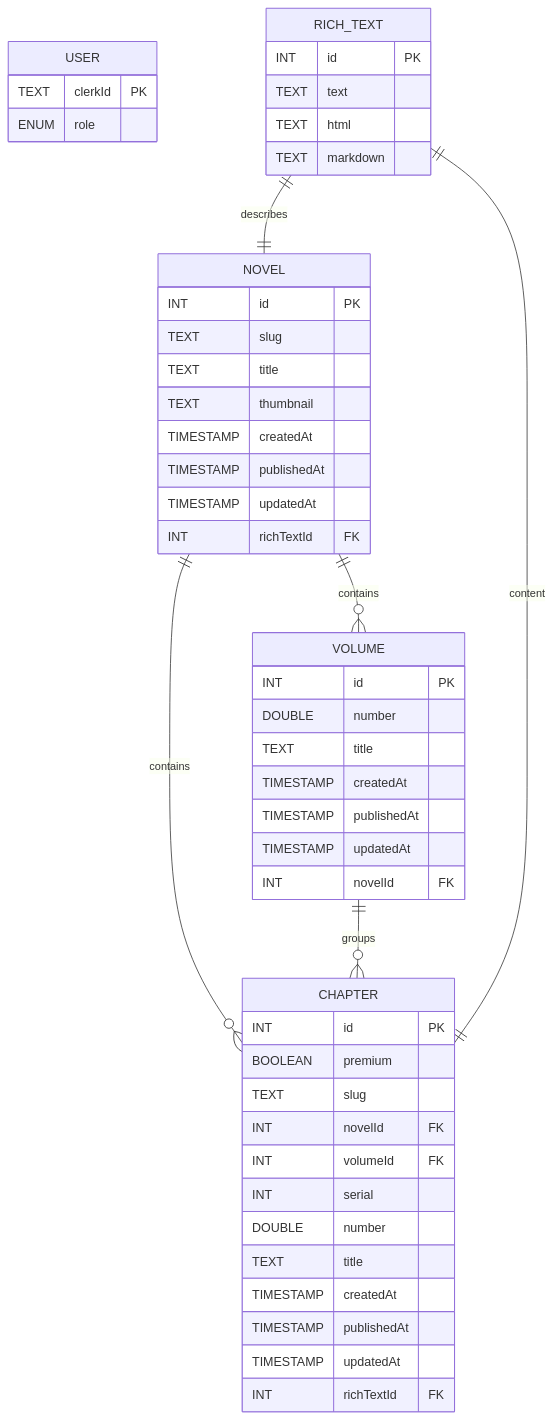
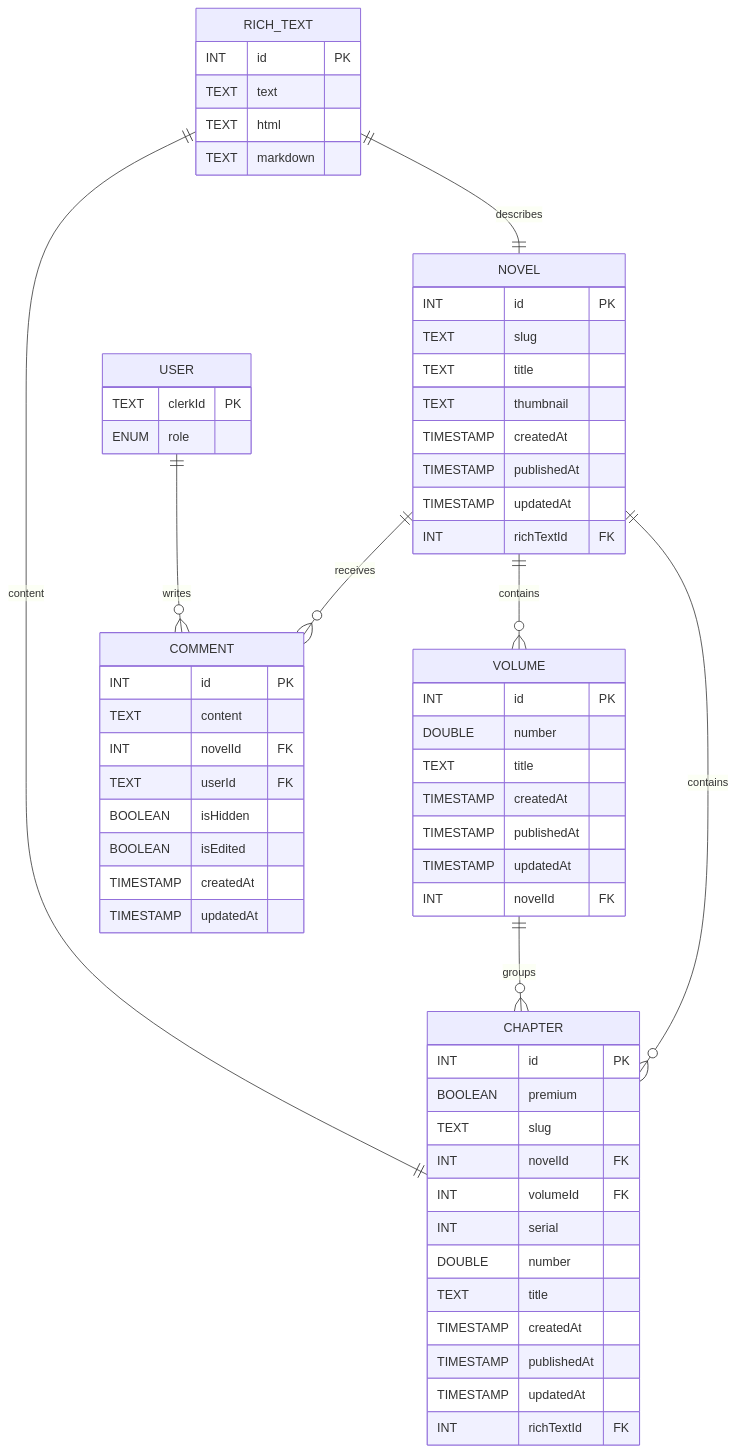
One commit to Shashank3736/quaslation changed the third of 3 diagrams in README.md. Above: the diagram before and after it, drawn with Mermaid. The commit also changed other lines of this file and 1 other file, not shown here.

First line of the commit message:
feat(changelog): Update project version and document new comment system

````diff
--- a/README.md
+++ b/README.md
@@ -126,56 +142,69 @@
 ```mermaid
 erDiagram
   USER {
     TEXT clerkId PK
     ENUM role
   }
 
   RICH_TEXT {
     INT id PK
     TEXT text
     TEXT html
     TEXT markdown
   }
 
   NOVEL {
     INT id PK
     TEXT slug
     TEXT title
     TEXT thumbnail
     TIMESTAMP createdAt
     TIMESTAMP publishedAt
     TIMESTAMP updatedAt
     INT richTextId FK
   }
 
   VOLUME {
     INT id PK
     DOUBLE number
     TEXT title
     TIMESTAMP createdAt
     TIMESTAMP publishedAt
     TIMESTAMP updatedAt
     INT novelId FK
   }
 
   CHAPTER {
     INT id PK
     BOOLEAN premium
     TEXT slug
     INT novelId FK
     INT volumeId FK
     INT serial
     DOUBLE number
     TEXT title
     TIMESTAMP createdAt
     TIMESTAMP publishedAt
     TIMESTAMP updatedAt
     INT richTextId FK
   }
 
+  COMMENT {
+    INT id PK
+    TEXT content
+    INT novelId FK
+    TEXT userId FK
+    BOOLEAN isHidden
+    BOOLEAN isEdited
+    TIMESTAMP createdAt
+    TIMESTAMP updatedAt
+  }
+
   NOVEL ||--o{ VOLUME : contains
   NOVEL ||--o{ CHAPTER : contains
+  NOVEL ||--o{ COMMENT : receives
   VOLUME ||--o{ CHAPTER : groups
   RICH_TEXT ||--|| NOVEL : describes
   RICH_TEXT ||--|| CHAPTER : content
+  USER ||--o{ COMMENT : writes
 ```
````
